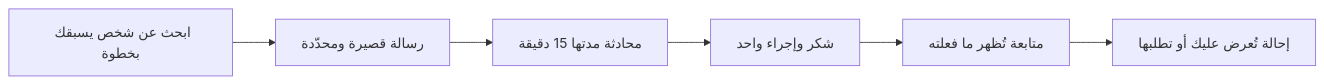
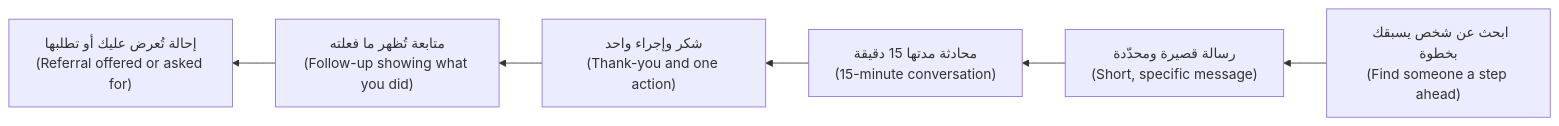
One commit to Tamoura/system-design-for-vibe-coders changed the second of 3 diagrams in career/modules/04-getting-seen.ar.md. Above: the diagram before and after it, drawn with Mermaid. The commit also changed other lines of this file and 20 other files, not shown here.

First line of the commit message:
New courses: Arabic diagrams read right-to-left with English labels (modules 0–6)

````diff
--- a/career/modules/04-getting-seen.ar.md
+++ b/career/modules/04-getting-seen.ar.md
@@ -289,8 +289,8 @@
 ```mermaid
-flowchart LR
-  A["ابحث عن شخص يسبقك بخطوة"] --> B["رسالة قصيرة ومحدّدة"]
-  B --> C["محادثة مدتها 15 دقيقة"]
-  C --> D["شكر وإجراء واحد"]
-  D --> E["متابعة تُظهر ما فعلته"]
-  E --> F["إحالة تُعرض عليك أو تطلبها"]
+flowchart RL
+  A["ابحث عن شخص يسبقك بخطوة<br/>(Find someone a step ahead)"] --> B["رسالة قصيرة ومحدّدة<br/>(Short, specific message)"]
+  B --> C["محادثة مدتها 15 دقيقة<br/>(15-minute conversation)"]
+  C --> D["شكر وإجراء واحد<br/>(Thank-you and one action)"]
+  D --> E["متابعة تُظهر ما فعلته<br/>(Follow-up showing what you did)"]
+  E --> F["إحالة تُعرض عليك أو تطلبها<br/>(Referral offered or asked for)"]
 ```
````
